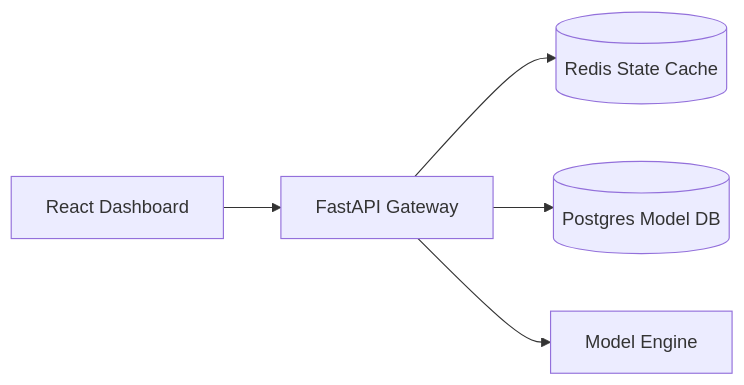
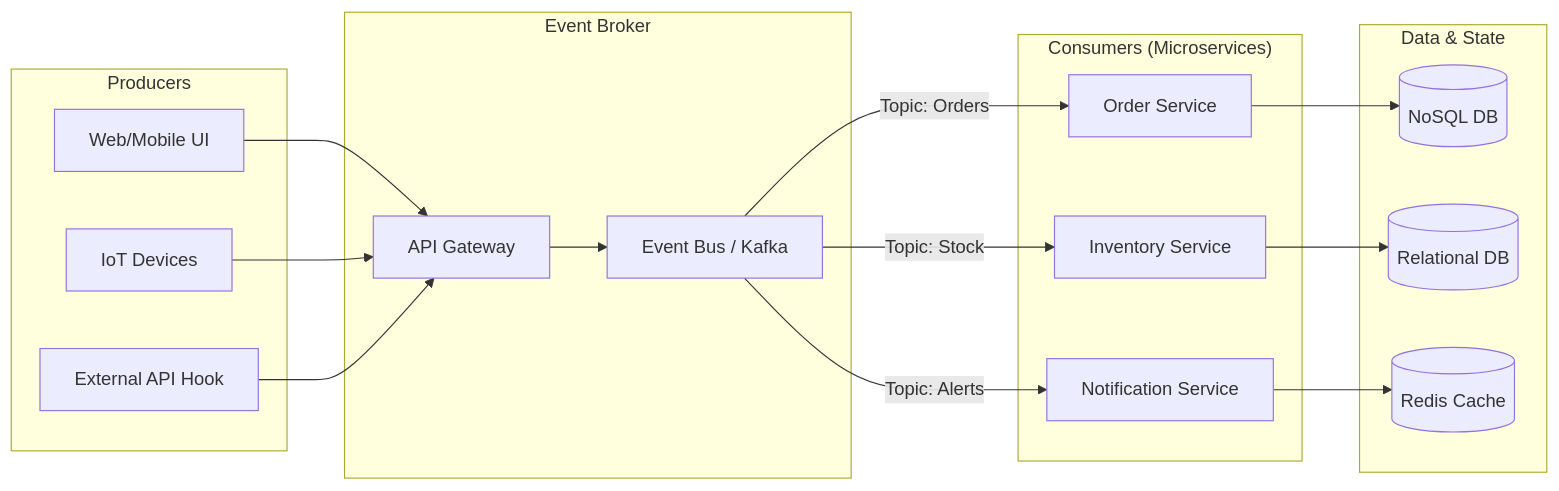
Diagram 11 of 12 in README.md (Devopstrio/zero-trust-reference-model), drawn with Mermaid before and after one commit. The commit also changed other lines of this file and 2 other files, not shown here.

Commit message:
docs: add high-level enterprise architecture diagrams

````diff
--- a/README.md
+++ b/README.md
@@ -104,7 +443,36 @@
 ```mermaid
 graph LR
-    UI[React Dashboard] --> API[FastAPI Gateway]
-    API --> Cache[(Redis State Cache)]
-    API --> DB[(Postgres Model DB)]
-    API --> Engine[Model Engine]
+    subgraph "Producers"
+        UI[Web/Mobile UI]
+        IoT[IoT Devices]
+        API[External API Hook]
+    end
+
+    subgraph "Event Broker"
+        Gateway[API Gateway]
+        Kafka[Event Bus / Kafka]
+        Gateway --> Kafka
+    end
+
+    subgraph "Consumers (Microservices)"
+        Order[Order Service]
+        Inventory[Inventory Service]
+        Notify[Notification Service]
+        Kafka -->|Topic: Orders| Order
+        Kafka -->|Topic: Stock| Inventory
+        Kafka -->|Topic: Alerts| Notify
+    end
+
+    subgraph "Data & State"
+        DB1[(NoSQL DB)]
+        DB2[(Relational DB)]
+        Cache[(Redis Cache)]
+        Order --> DB1
+        Inventory --> DB2
+        Notify --> Cache
+    end
+
+    UI --> Gateway
+    IoT --> Gateway
+    API --> Gateway
 ```
````
